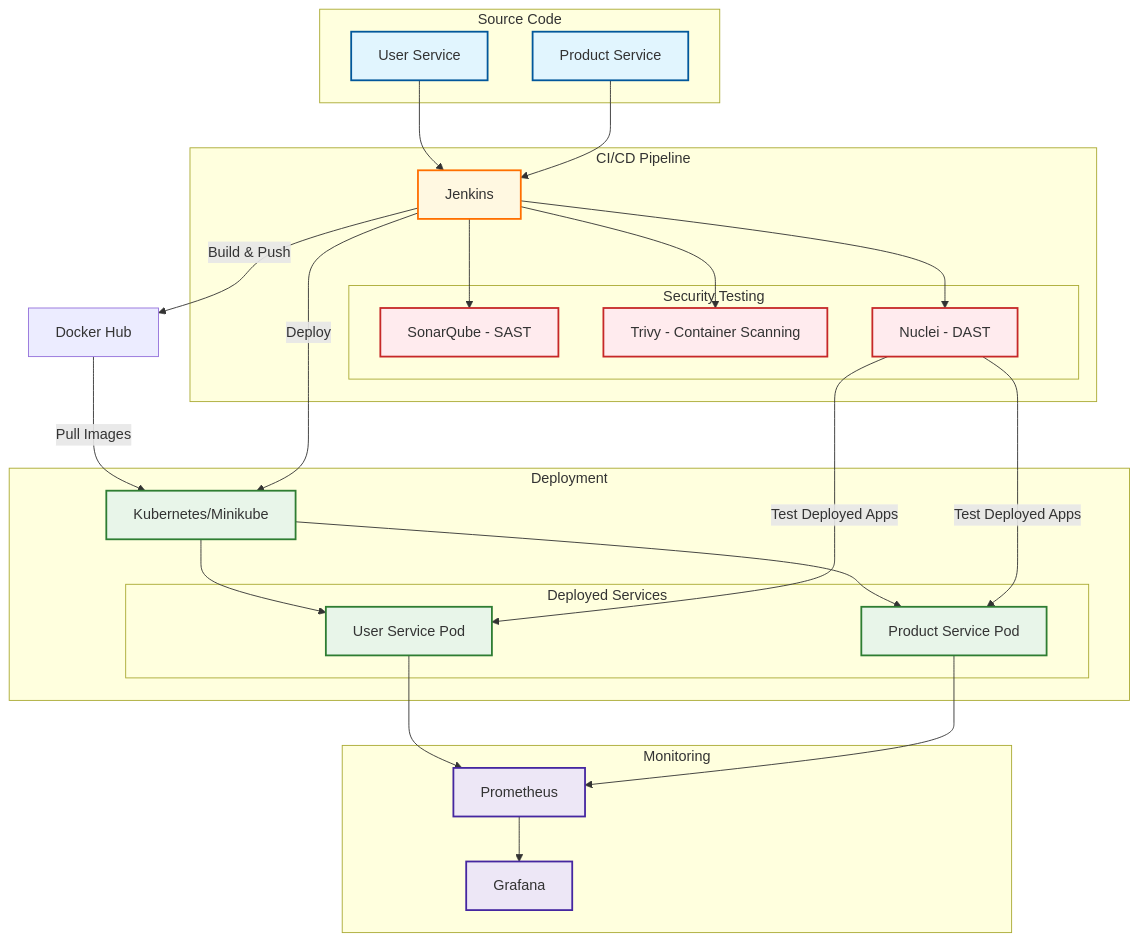
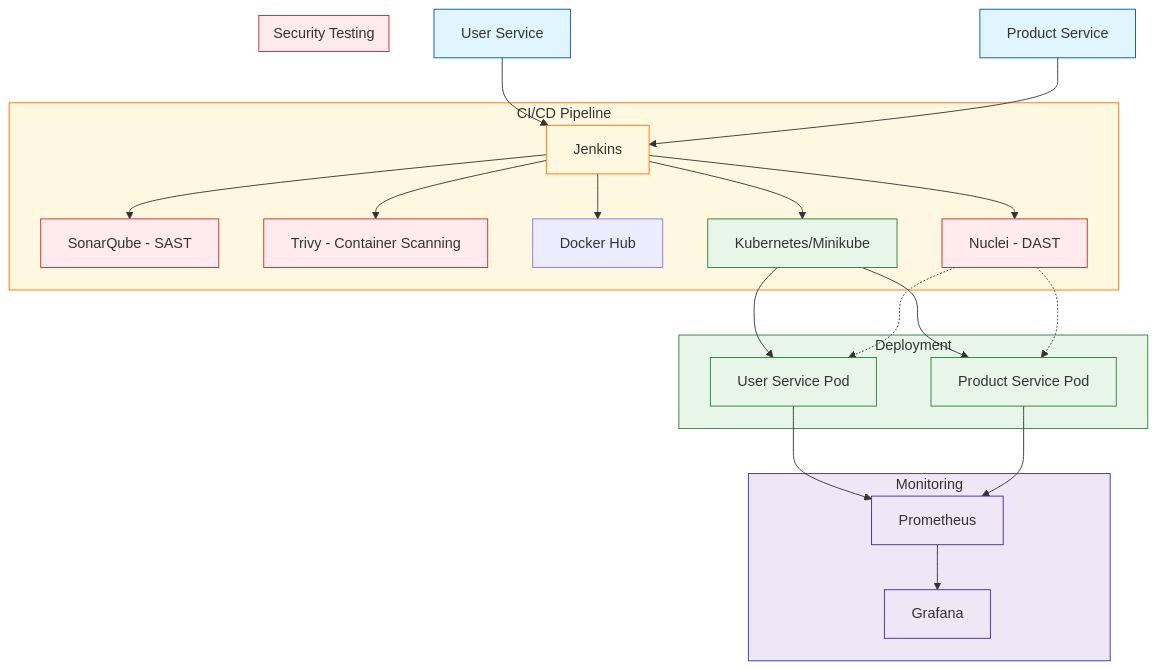
One commit to WALIDAZHARI/seminaire-devsecops changed the diagram in README.md. Above: the diagram before and after it, drawn with Mermaid.

Commit message:
Fix Mermaid diagram for GitHub compatibility

````diff
--- a/README.md
+++ b/README.md
@@ -15,57 +15,50 @@
 ```mermaid
-graph TD
-    subgraph "Source Code"
-        US[User Service]
-        PS[Product Service]
+flowchart TD
+    US[User Service] --> J
+    PS[Product Service] --> J
+    
+    subgraph CI[CI/CD Pipeline]
+        J[Jenkins] --> SQ
+        J --> T
+        J --> DH
+        J --> K
+        J --> N
     end
-
-    subgraph "CI/CD Pipeline"
-        J[Jenkins]
-        subgraph "Security Testing"
-            SQ[SonarQube - SAST]
-            T[Trivy - Container Scanning]
-            N[Nuclei - DAST]
-        end
+    
+    subgraph SEC[Security Testing]
+        SQ[SonarQube - SAST]
+        T[Trivy - Container Scanning]
+        N[Nuclei - DAST]
     end
-
-    subgraph "Deployment"
-        K[Kubernetes/Minikube]
-        subgraph "Deployed Services"
-            USK[User Service Pod]
-            PSK[Product Service Pod]
-        end
+    
+    DH[Docker Hub]
+    
+    subgraph DEP[Deployment]
+        K[Kubernetes/Minikube] --> USK
+        K --> PSK
+        USK[User Service Pod]
+        PSK[Product Service Pod]
     end
-
-    subgraph "Monitoring"
-        P[Prometheus]
-        G[Grafana]
+    
+    subgraph MON[Monitoring]
+        USK --> P
+        PSK --> P
+        P[Prometheus] --> G[Grafana]
     end
-
-    US --> J
-    PS --> J
-    J --> SQ
-    J --> T
-    J --> |Build & Push| DH[Docker Hub]
-    DH --> |Pull Images| K
-    J --> |Deploy| K
-    K --> USK
-    K --> PSK
-    J --> N
-    USK --> P
-    PSK --> P
-    P --> G
-    N --> |Test Deployed Apps| USK
-    N --> |Test Deployed Apps| PSK
     
-    classDef sourceCode fill:#e1f5fe,stroke:#01579b,stroke-width:2px;
-    classDef cicd fill:#fff8e1,stroke:#ff6f00,stroke-width:2px;
-    classDef security fill:#ffebee,stroke:#c62828,stroke-width:2px;
-    classDef deployment fill:#e8f5e9,stroke:#2e7d32,stroke-width:2px;
-    classDef monitoring fill:#ede7f6,stroke:#4527a0,stroke-width:2px;
+    N -.-> USK
+    N -.-> PSK
     
-    class US,PS sourceCode;
-    class J cicd;
-    class SQ,T,N security;
-    class K,USK,PSK deployment;
-    class P,G monitoring;
+    %% Styling
+    classDef source fill:#e1f5fe,stroke:#01579b
+    classDef cicd fill:#fff8e1,stroke:#ff6f00
+    classDef security fill:#ffebee,stroke:#c62828
+    classDef deployment fill:#e8f5e9,stroke:#2e7d32
+    classDef monitoring fill:#ede7f6,stroke:#4527a0
+    
+    class US,PS source
+    class J,CI cicd
+    class SQ,T,N,SEC security
+    class K,USK,PSK,DEP deployment
+    class P,G,MON monitoring
 ```
````
